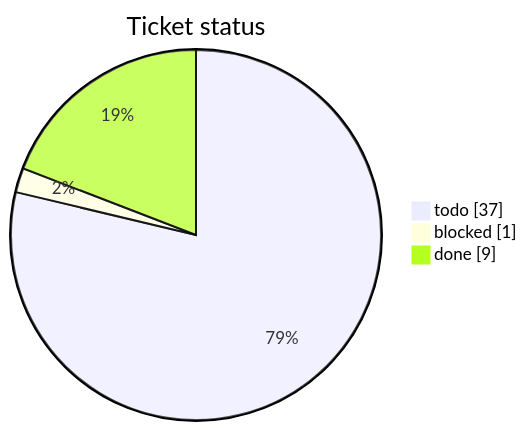
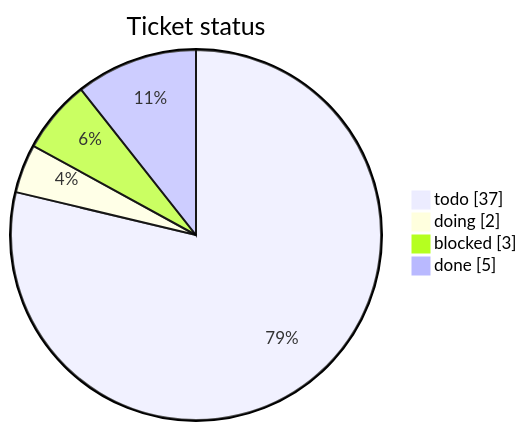
The first of 3 diagrams in tickets/TICKETS.md (mohamed-soubhi/bootlab-esp), drawn with Mermaid before and after one commit. The commit also changed other lines of this file and 6 other files, not shown here.

````diff
--- a/tickets/TICKETS.md
+++ b/tickets/TICKETS.md
@@ -10,6 +10,7 @@
 ```mermaid
 pie showData title Ticket status
     "todo" : 37
-    "blocked" : 1
-    "done" : 9
+    "doing" : 2
+    "blocked" : 3
+    "done" : 5
 ```
````
